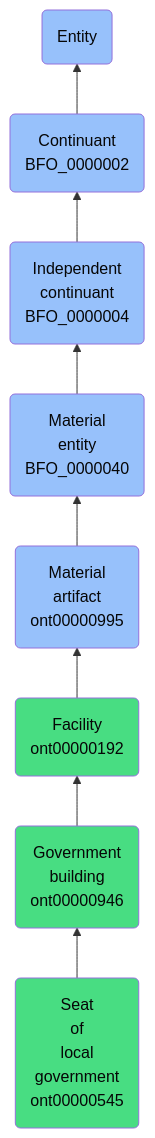
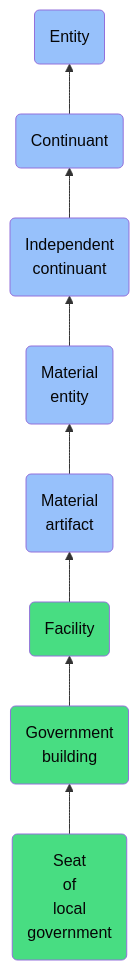
The diagram in docs/ontology/reference/model/Entity/Continuant/Independent continuant/Material entity/Material artifact/Facility/Government building/Seat of local government/Seat of local government.md (jupyter-naas/abi), drawn with Mermaid before and after one commit. The commit also changed other lines of this file and 1430 other files, not shown here.

````diff
--- a/docs/ontology/reference/model/Entity/Continuant/Independent continuant/Material entity/Material artifact/Facility/Government building/Seat of local government/Seat of local government.md
+++ b/docs/ontology/reference/model/Entity/Continuant/Independent continuant/Material entity/Material artifact/Facility/Government building/Seat of local government/Seat of local government.md
@@ -25,15 +25,15 @@
 ```mermaid
 graph BT
-    ont00000545(Seat<br>of<br>local<br>government<br>ont00000545):::ABI-->ont00000946
-    ont00000946(Government<br>building<br>ont00000946):::ABI-->ont00000192
-    ont00000192(Facility<br>ont00000192):::ABI-->ont00000995
-    ont00000995(Material<br>artifact<br>ont00000995):::BFO-->BFO_0000040
-    BFO_0000040(Material<br>entity<br>BFO_0000040):::BFO-->BFO_0000004
-    BFO_0000004(Independent<br>continuant<br>BFO_0000004):::BFO-->BFO_0000002
-    BFO_0000002(Continuant<br>BFO_0000002):::BFO-->BFO_0000001
+    ont00000545(Seat<br>of<br>local<br>government):::ABI-->ont00000946
+    ont00000946(Government<br>building):::ABI-->ont00000192
+    ont00000192(Facility):::ABI-->ont00000995
+    ont00000995(Material<br>artifact):::BFO-->BFO_0000040
+    BFO_0000040(Material<br>entity):::BFO-->BFO_0000004
+    BFO_0000004(Independent<br>continuant):::BFO-->BFO_0000002
+    BFO_0000002(Continuant):::BFO-->BFO_0000001
     BFO_0000001(Entity):::BFO
     
     classDef BFO fill:#97c1fb,color:#060606
     classDef CCO fill:#e4c51e,color:#060606
     classDef ABI fill:#48DD82,color:#060606
 ```
````
